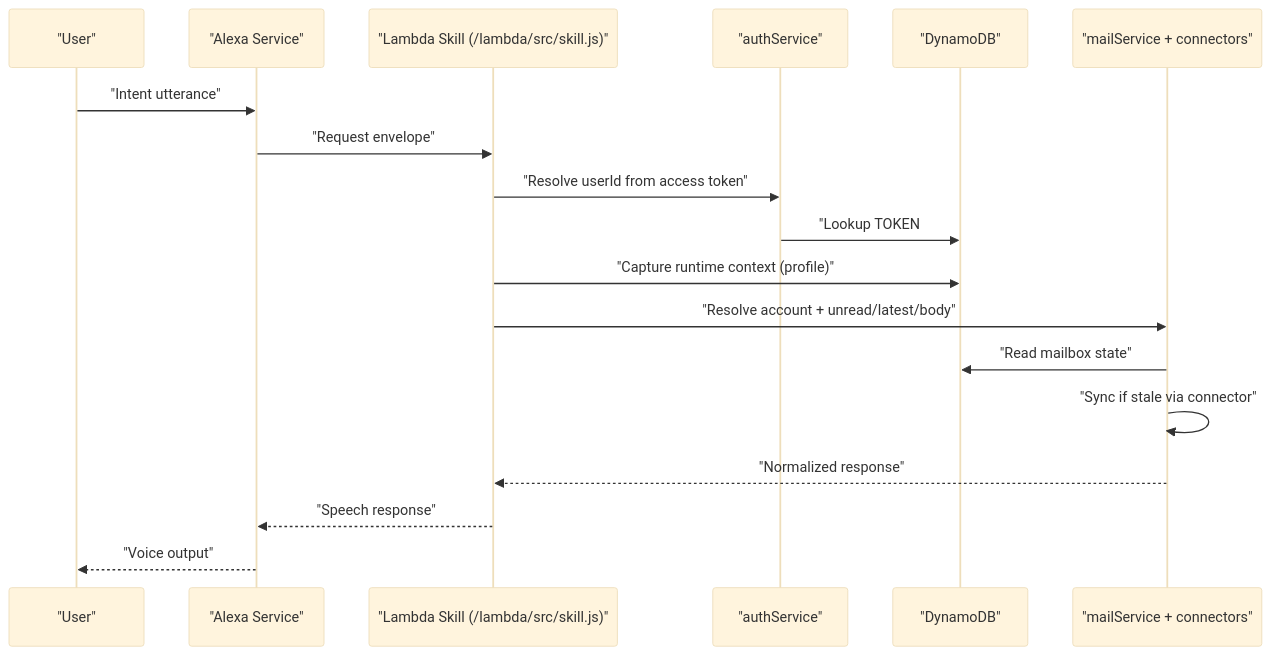
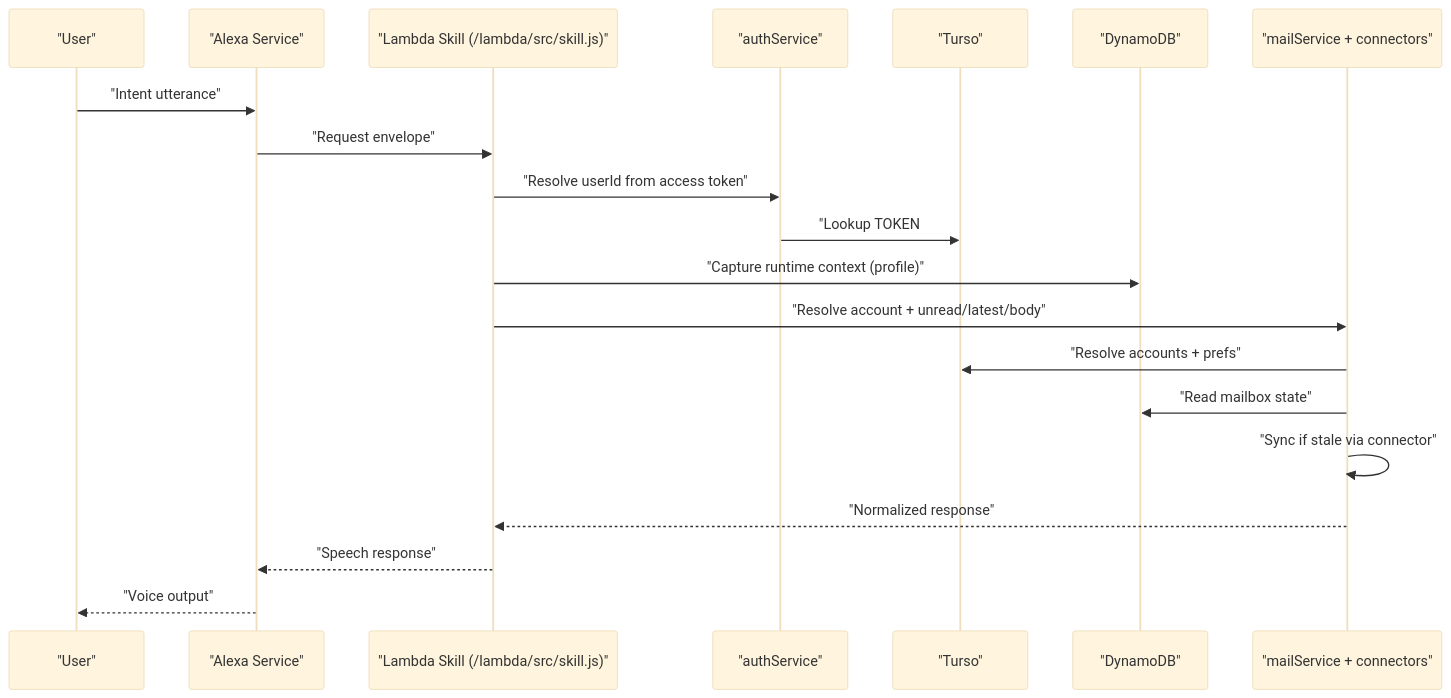
One commit to Subhajit-Roy-Partho/Alexa-Email-Reader changed the first of 3 diagrams in INFO.md. Above: the diagram before and after it, drawn with Mermaid (base theme). The commit also changed other lines of this file and 21 other files, not shown here.

````diff
--- a/INFO.md
+++ b/INFO.md
@@ -43,21 +44,23 @@
 ```mermaid
 sequenceDiagram
     participant User as "User"
     participant Alexa as "Alexa Service"
     participant Skill as "Lambda Skill (/lambda/src/skill.js)"
     participant Auth as "authService"
-    participant Data as "DynamoDB"
+    participant Shared as "Turso"
+    participant Internal as "DynamoDB"
     participant Mail as "mailService + connectors"
 
     User->>Alexa: "Intent utterance"
     Alexa->>Skill: "Request envelope"
     Skill->>Auth: "Resolve userId from access token"
-    Auth->>Data: "Lookup TOKEN#<hash> / ACCESS"
-    Skill->>Data: "Capture runtime context (profile)"
+    Auth->>Shared: "Lookup TOKEN#<hash> / ACCESS"
+    Skill->>Internal: "Capture runtime context (profile)"
     Skill->>Mail: "Resolve account + unread/latest/body"
-    Mail->>Data: "Read mailbox state"
+    Mail->>Shared: "Resolve accounts + prefs"
+    Mail->>Internal: "Read mailbox state"
     Mail->>Mail: "Sync if stale via connector"
     Mail-->>Skill: "Normalized response"
     Skill-->>Alexa: "Speech response"
     Alexa-->>User: "Voice output"
 ```
````
